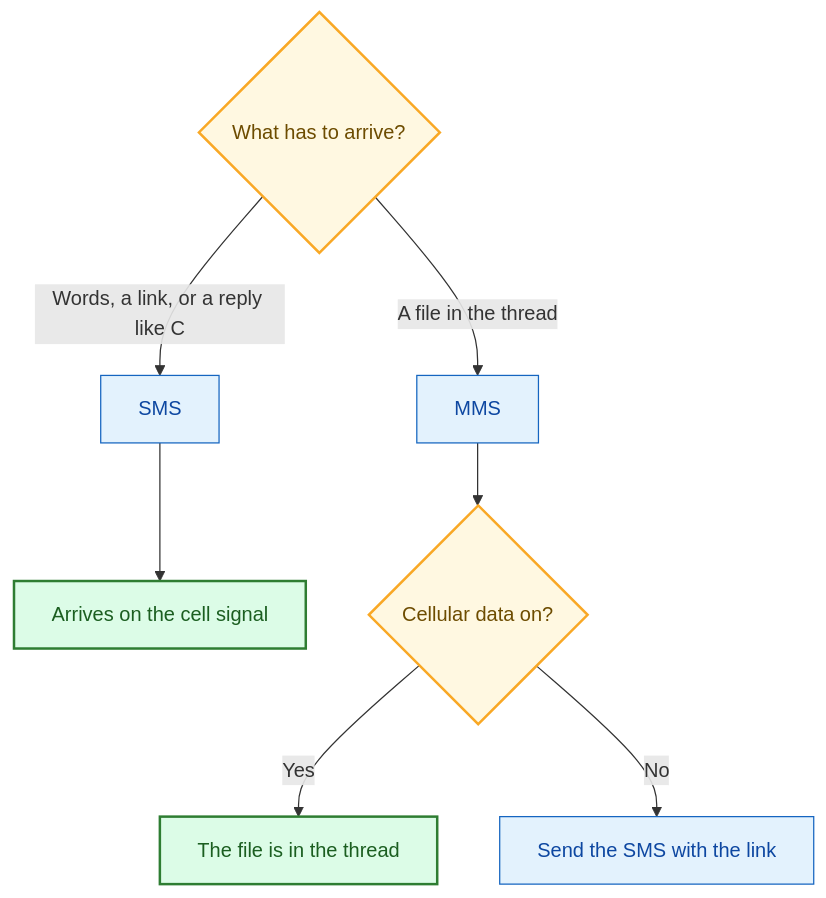
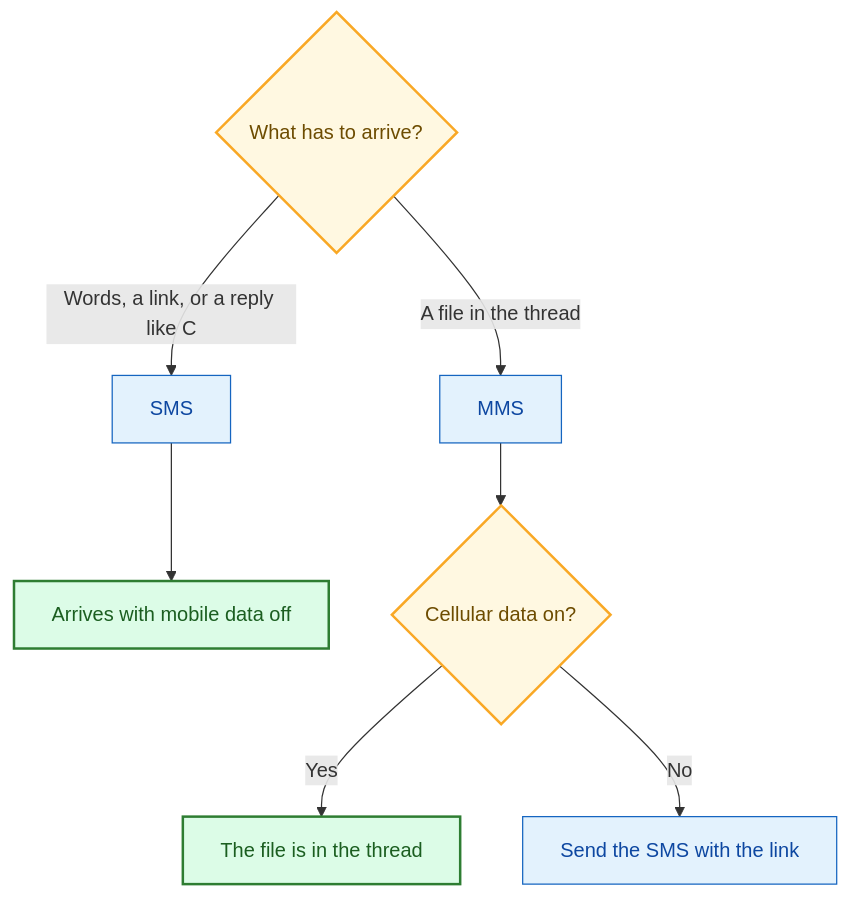
Before and after one commit to daava-hq/shared-docs: the first of 3 diagrams in docs/sms-and-picture-messages.md, drawn with Mermaid. The commit also changed other lines of this file, not shown here.

First line of the commit message:
Explain one pipeline for SMS and MMS, and how a picture reply arrives

````diff
--- a/docs/sms-and-picture-messages.md
+++ b/docs/sms-and-picture-messages.md
@@ -31,18 +30,18 @@
 ```mermaid
 flowchart TD
   Q{"What has to arrive?"}
   Q -->|"Words, a link, or a reply like C"| SMS["SMS"]
   Q -->|"A file in the thread"| MMS["MMS"]
-  SMS --> LAND["Arrives on the cell signal"]
+  SMS --> LAND["Arrives with mobile data off"]
   MMS --> DATA{"Cellular data on?"}
   DATA -->|Yes| FILE["The file is in the thread"]
   DATA -->|No| BACK["Send the SMS with the link"]
 
   classDef decisionNode fill:#fff8e1,stroke:#f9a825,stroke-width:2px,color:#6d4c00
   classDef actionNode fill:#e3f2fd,stroke:#1565c0,color:#0d47a1
   classDef cleanNode fill:#dcfce7,stroke:#2e7d32,stroke-width:2px,color:#1b5e20
 
   class Q,DATA decisionNode
   class SMS,MMS,BACK actionNode
   class LAND,FILE cleanNode
 ```
````
